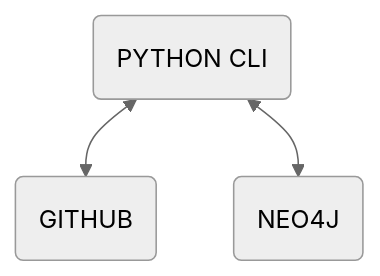
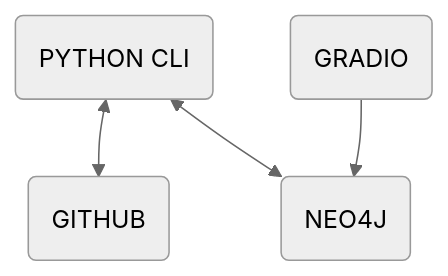
The diagram in README.md (georgejaymcmc/knowledge_graph_tools), drawn with Mermaid (neutral theme) before and after one commit. The commit also changed other lines of this file, not shown here.

````diff
--- a/README.md
+++ b/README.md
@@ -30,9 +30,11 @@
 ```mermaid
  flowchart TD   
     A(PYTHON CLI)
     B(GITHUB)
     C(NEO4J)
+    D(GRADIO)
     
     A<-->B
     A<-->C
+    D-->C
 ```
````
